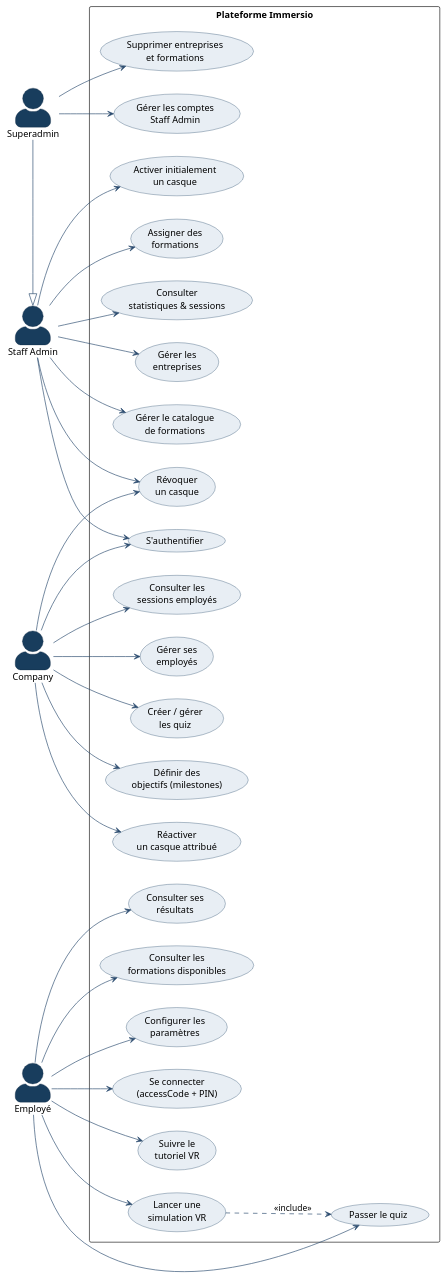
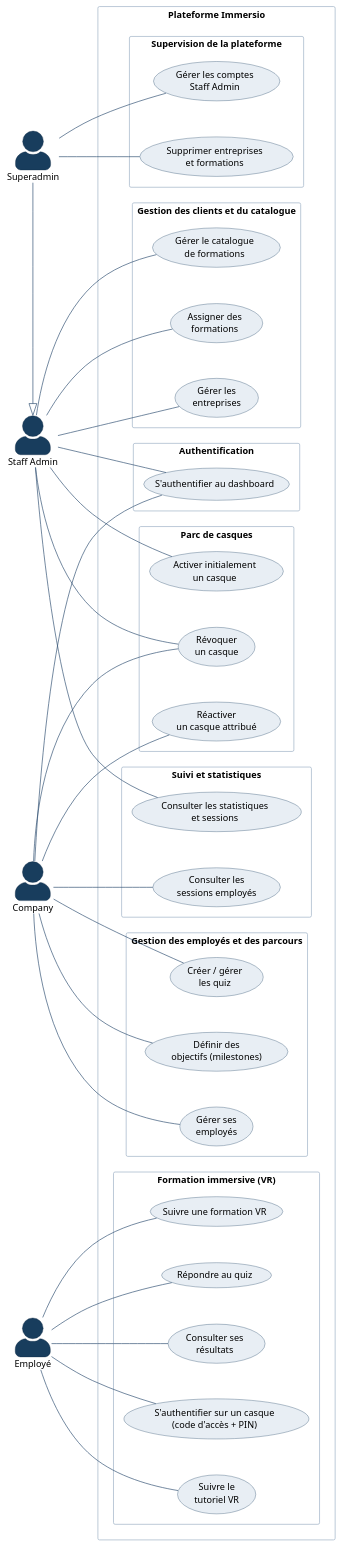
The diagram in PUML/cas_utilisation.puml (sayenjabo/TynassIt_PFE), drawn with PlantUML before and after one commit. The commit also changed 68 other files, not shown here.

```diff
--- a/PUML/cas_utilisation.puml
+++ b/PUML/cas_utilisation.puml
@@ -1,91 +1,110 @@
 @startuml Cas_utilisation_global
 ' Diagramme de cas d'utilisation global --- Immersio / Tynass IT
+
 skinparam shadowing false
 skinparam defaultFontName Helvetica
 skinparam ArrowColor #2B4B6F
 skinparam actorStyle awesome
+skinparam nodesep 55
+skinparam ranksep 100
+
 skinparam actor {
   BackgroundColor #183D5D
   FontColor #000000
   BorderColor #0E2740
 }
+
 skinparam usecase {
   BackgroundColor #E8EEF4
   BorderColor #183D5D
   FontColor #000000
 }
+
+skinparam rectangle {
+  BorderColor #9AAEC3
+  FontColor #000000
+}
+
 left to right direction
 
 actor "Superadmin" as SA
 actor "Staff Admin" as ST
 actor "Company" as CO
 actor "Employé" as EM
 
 ' Superadmin hérite de Staff Admin
 SA -|> ST
 
 rectangle "Plateforme Immersio" {
 
-  ' --- Superadmin (spécifique) ---
-  usecase "Gérer les comptes\nStaff Admin" as UC_admins
-  usecase "Supprimer entreprises\net formations" as UC_delete
+  rectangle "Supervision de la plateforme" as R1 {
+    usecase "Gérer les comptes\nStaff Admin" as UC_admins
+    usecase "Supprimer entreprises\net formations" as UC_delete
+  }
 
-  ' --- Staff Admin ---
-  usecase "S'authentifier" as UC_auth
-  usecase "Gérer les\nentreprises" as UC_comp
-  usecase "Gérer le catalogue\nde formations" as UC_train
-  usecase "Activer initialement\nun casque" as UC_activate_device
-  usecase "Révoquer\nun casque" as UC_revoke_device
-  usecase "Assigner des\nformations" as UC_assign
-  usecase "Consulter\nstatistiques & sessions" as UC_stats
+  rectangle "Gestion des clients et du catalogue" as R2 {
+    usecase "Gérer les\nentreprises" as UC_comp
+    usecase "Gérer le catalogue\nde formations" as UC_train
+    usecase "Assigner des\nformations" as UC_assign
+  }
 
-  ' --- Company ---
-  usecase "Gérer ses\nemployés" as UC_emp
-  usecase "Créer / gérer\nles quiz" as UC_quiz
-  usecase "Définir des\nobjectifs (milestones)" as UC_mile
-  usecase "Réactiver\nun casque attribué" as UC_reactivate_device
-  usecase "Consulter les\nsessions employés" as UC_sess
-  
-  ' --- Employé ---
-  usecase "Se connecter\n(accessCode + PIN)" as UC_login
-  usecase "Suivre le\ntutoriel VR" as UC_tuto
-  usecase "Lancer une\nsimulation VR" as UC_sim
-  usecase "Passer le quiz" as UC_passquiz
-  usecase "Consulter ses\nrésultats" as UC_res
-  usecase "Consulter les\nformations disponibles" as UC_avail
-  usecase "Configurer les\nparamètres" as UC_config
+  rectangle "Authentification" as R3 {
+    usecase "S'authentifier au dashboard" as UC_auth
+  }
+
+  rectangle "Parc de casques" as R4 {
+    usecase "Activer initialement\nun casque" as UC_activate_device
+    usecase "Révoquer\nun casque" as UC_revoke_device
+    usecase "Réactiver\nun casque attribué" as UC_reactivate_device
+  }
+
+  rectangle "Suivi et statistiques" as R5 {
+    usecase "Consulter les statistiques\net sessions" as UC_stats
+    usecase "Consulter les\nsessions employés" as UC_sess
+  }
+
+  rectangle "Gestion des employés et des parcours" as R6 {
+    usecase "Gérer ses\nemployés" as UC_emp
+    usecase "Créer / gérer\nles quiz" as UC_quiz
+    usecase "Définir des\nobjectifs (milestones)" as UC_mile
+  }
+
+  rectangle "Formation immersive (VR)" as R7 {
+    usecase "S'authentifier sur un casque\n(code d'accès + PIN)" as UC_login
+    usecase "Suivre le\ntutoriel VR" as UC_tuto
+    usecase "Suivre une formation VR" as UC_sim
+    usecase "Répondre au quiz" as UC_passquiz
+    usecase "Consulter ses\nrésultats" as UC_res
+  }
 }
 
 ' --- Liens Superadmin ---
-SA --> UC_admins
-SA --> UC_delete
+SA -- UC_admins
+SA -- UC_delete
 
 ' --- Liens Staff Admin ---
-ST --> UC_auth
-ST --> UC_comp
-ST --> UC_train
-ST --> UC_activate_device
-ST --> UC_revoke_device
-ST --> UC_assign
-ST --> UC_stats
+ST -- UC_auth
+ST -- UC_comp
+ST -- UC_train
+ST -- UC_activate_device
+ST -- UC_revoke_device
+ST -- UC_assign
+ST -- UC_stats
 
 ' --- Liens Company ---
-CO --> UC_auth
-CO --> UC_emp
-CO --> UC_quiz
-CO --> UC_mile
-CO --> UC_reactivate_device
-CO --> UC_revoke_device
-CO --> UC_sess
+CO -- UC_auth
+CO -- UC_emp
+CO -- UC_quiz
+CO -- UC_mile
+CO -- UC_reactivate_device
+CO -- UC_revoke_device
+CO -- UC_sess
+
 ' --- Liens Employé ---
-EM --> UC_login
-EM --> UC_tuto
-EM --> UC_sim
-EM --> UC_passquiz
-EM --> UC_res
-EM --> UC_avail
-EM --> UC_config
+EM -- UC_login
+EM -- UC_tuto
+EM -- UC_sim
+EM -- UC_passquiz
+EM -- UC_res
 
-' Le quiz fait partie de la simulation
-UC_sim ..> UC_passquiz : <<include>>
 @enduml
```
